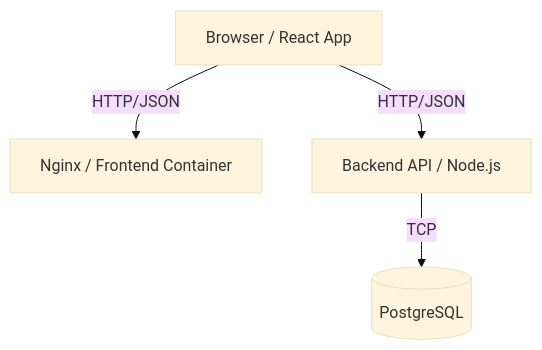
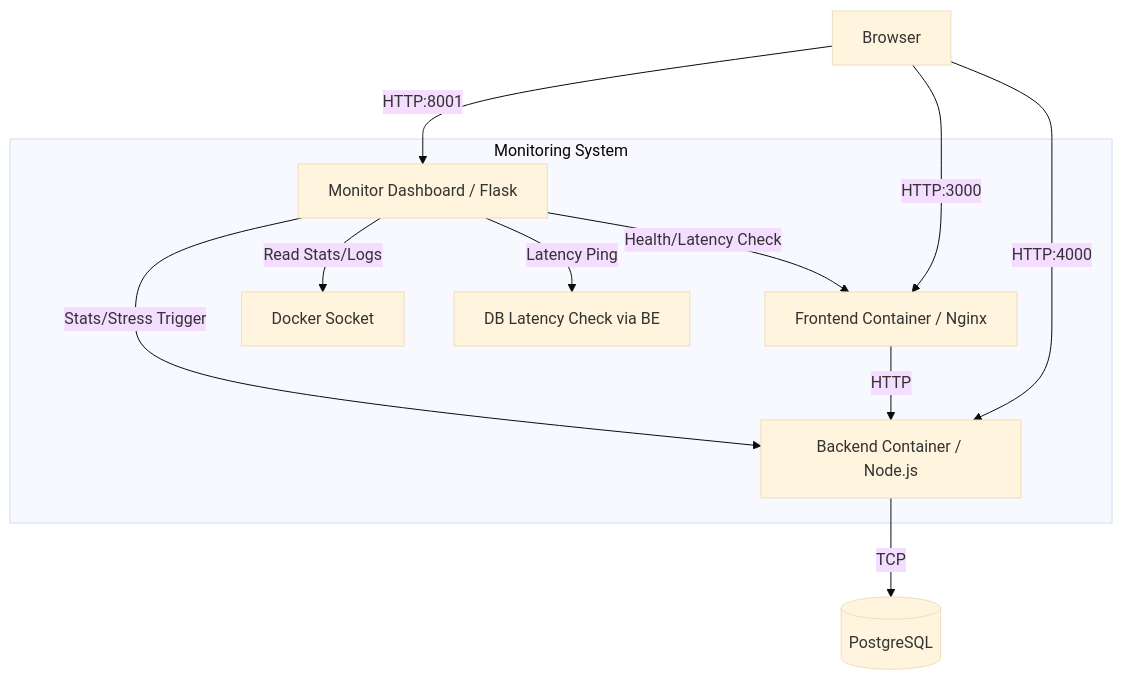
The diagram in README.md (clouddevopswithkrishna/blog-starter), drawn with Mermaid (base theme) before and after one commit. The commit also changed other lines of this file and 8 other files, not shown here.

````diff
--- a/README.md
+++ b/README.md
@@ -21,6 +32,16 @@
 ```mermaid
 graph TD
-    Client[Browser / React App] -->|HTTP/JSON| LB[Nginx / Frontend Container]
-    Client -->|HTTP/JSON| API[Backend API / Node.js]
-    API -->|TCP| DB[(PostgreSQL)]
+    Client[Browser] -->|HTTP:3000| FE[Frontend Container / Nginx]
+    Client -->|HTTP:4000| BE[Backend Container / Node.js]
+    Client -->|HTTP:8001| Mon[Monitor Dashboard / Flask]
+    
+    FE -->|HTTP| BE
+    BE -->|TCP| DB[(PostgreSQL)]
+    
+    subgraph Monitoring System
+        Mon -- Read Stats/Logs --> Docker[Docker Socket]
+        Mon -- Health/Latency Check --> FE
+        Mon -- Stats/Stress Trigger --> BE
+        Mon -- Latency Ping --> DB_Ping[DB Latency Check via BE]
+    end
 ```
````
